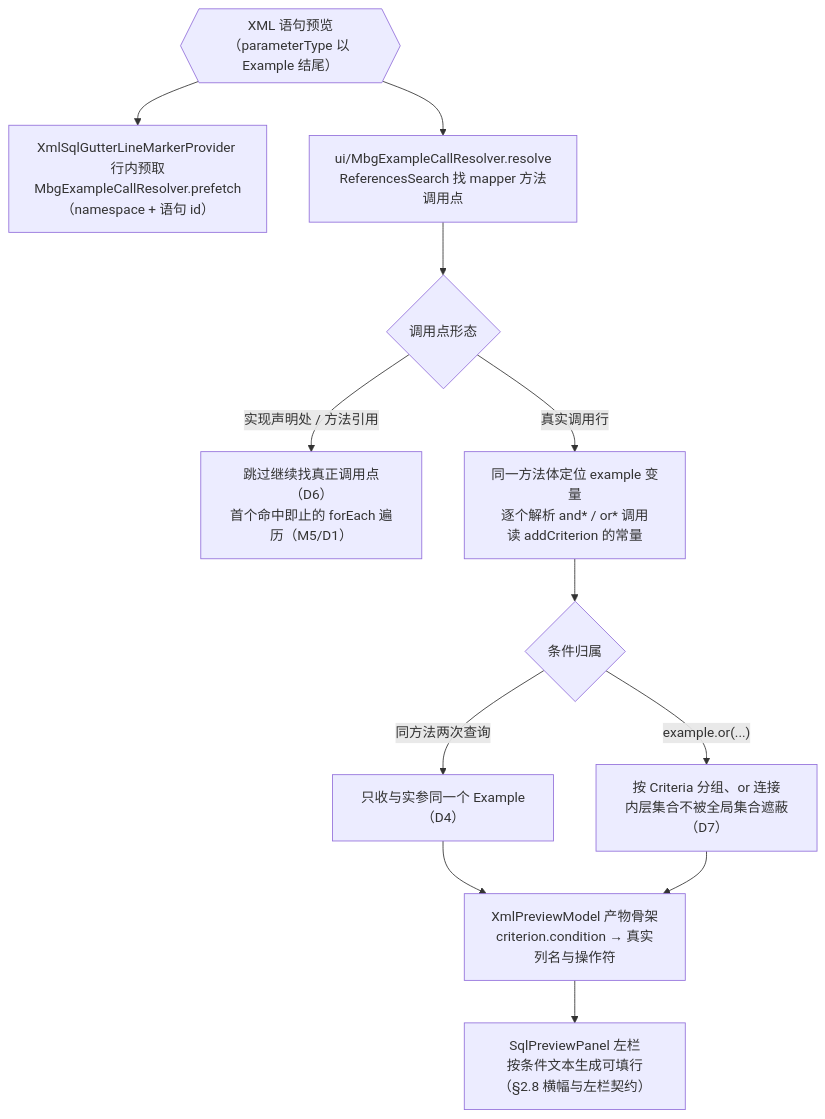
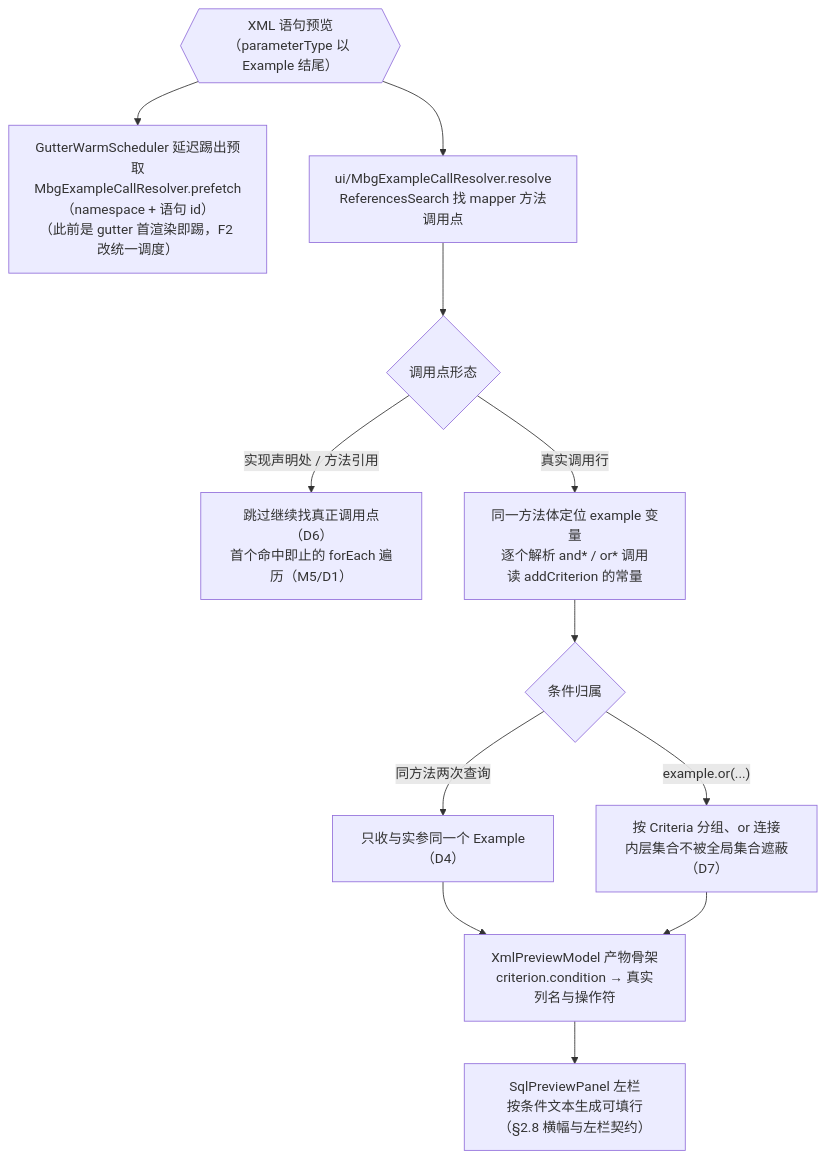
One commit to SongRenShuo/mybatis-plus-sql-visualizer changed the eighth of 20 diagrams in docs/架构设计/02-核心流程详解.md. Above: the diagram before and after it, drawn with Mermaid. The commit also changed other lines of this file and 4 other files, not shown here.

````diff
--- a/docs/架构设计/02-核心流程详解.md
+++ b/docs/架构设计/02-核心流程详解.md
@@ -338,14 +339,14 @@
 ```mermaid
 flowchart TD
-    T{{"XML 语句预览<br/>（parameterType 以 Example 结尾）"}} --> PRE["XmlSqlGutterLineMarkerProvider 行内预取<br/>MbgExampleCallResolver.prefetch（namespace + 语句 id）"]
+    T{{"XML 语句预览<br/>（parameterType 以 Example 结尾）"}} --> PRE["GutterWarmScheduler 延迟踢出预取<br/>MbgExampleCallResolver.prefetch（namespace + 语句 id）<br/>（此前是 gutter 首渲染即踢，F2 改统一调度）"]
     T --> RES["ui/MbgExampleCallResolver.resolve<br/>ReferencesSearch 找 mapper 方法调用点"]
     RES --> CS{"调用点形态"}
     CS -->|"实现声明处 / 方法引用"| SKIP["跳过继续找真正调用点（D6）<br/>首个命中即止的 forEach 遍历（M5/D1）"]
     CS -->|"真实调用行"| VAR["同一方法体定位 example 变量<br/>逐个解析 and* / or* 调用<br/>读 addCriterion 的常量"]
     VAR --> GRP{"条件归属"}
     GRP -->|"同方法两次查询"| SAME["只收与实参同一个 Example（D4）"]
     GRP -->|"example.or(...)"| ORG["按 Criteria 分组、or 连接<br/>内层集合不被全局集合遮蔽（D7）"]
     SAME --> R["XmlPreviewModel 产物骨架<br/>criterion.condition → 真实列名与操作符"]
     ORG --> R
     R --> PANEL["SqlPreviewPanel 左栏<br/>按条件文本生成可填行（§2.8 横幅与左栏契约）"]
 ```
````
